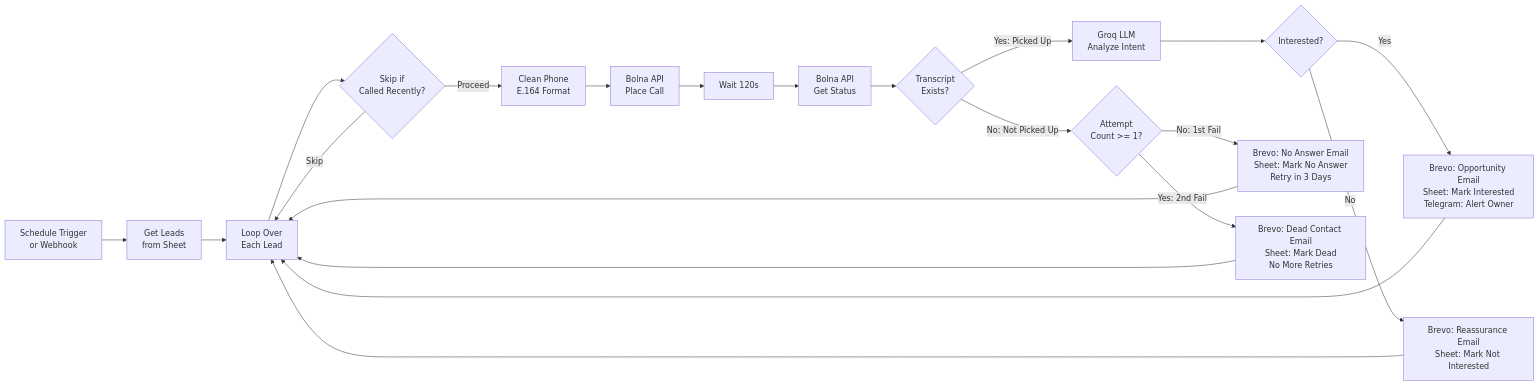
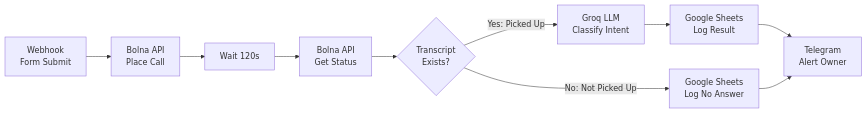
One commit to utkarshkapoor95/ai-voice-agent changed the second of 2 diagrams in README.md. Above: the diagram before and after it, drawn with Mermaid. The commit also changed other lines of this file and 1 other file, not shown here.

Commit message:
UI overhaul: SVG icons, architecture viz, updated pipeline docs

````diff
--- a/README.md
+++ b/README.md
@@ -76,23 +68,12 @@
 ```mermaid
 flowchart LR
-    A[Schedule Trigger<br/>or Webhook] --> B[Get Leads<br/>from Sheet]
-    B --> C[Loop Over<br/>Each Lead]
-    C --> D{Skip if<br/>Called Recently?}
-    D -->|Skip| C
-    D -->|Proceed| E[Clean Phone<br/>E.164 Format]
-    E --> F[Bolna API<br/>Place Call]
-    F --> G[Wait 120s]
-    G --> H[Bolna API<br/>Get Status]
-    H --> I{Transcript<br/>Exists?}
-    I -->|Yes: Picked Up| J[Groq LLM<br/>Analyze Intent]
-    J --> K{Interested?}
-    K -->|Yes| L[Brevo: Opportunity Email<br/>Sheet: Mark Interested<br/>Telegram: Alert Owner]
-    K -->|No| M[Brevo: Reassurance Email<br/>Sheet: Mark Not Interested]
-    I -->|No: Not Picked Up| N{Attempt<br/>Count >= 1?}
-    N -->|No: 1st Fail| O[Brevo: No Answer Email<br/>Sheet: Mark No Answer<br/>Retry in 3 Days]
-    N -->|Yes: 2nd Fail| P[Brevo: Dead Contact Email<br/>Sheet: Mark Dead<br/>No More Retries]
-    L --> C
-    M --> C
-    O --> C
-    P --> C
+    A[Webhook<br/>Form Submit] --> B[Bolna API<br/>Place Call]
+    B --> C[Wait 120s]
+    C --> D[Bolna API<br/>Get Status]
+    D --> E{Transcript<br/>Exists?}
+    E -->|Yes: Picked Up| F[Groq LLM<br/>Classify Intent]
+    F --> G[Google Sheets<br/>Log Result]
+    G --> H[Telegram<br/>Alert Owner]
+    E -->|No: Not Picked Up| I[Google Sheets<br/>Log No Answer]
+    I --> H
 ```
````
